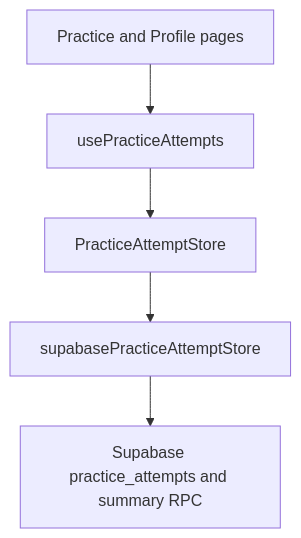
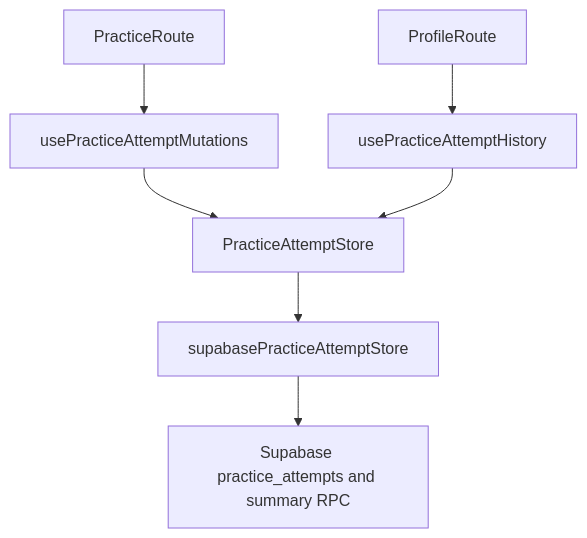
The fourth of 4 diagrams in docs/data-and-security.md (eirikenriquez/The-Word-per-Minute), drawn with Mermaid before and after one commit. The commit also changed other lines of this file and 2 other files, not shown here.

Commit message:
Update architecture documentation

````diff
--- a/docs/data-and-security.md
+++ b/docs/data-and-security.md
@@ -183,7 +189,9 @@
 ```mermaid
 flowchart TD
-  ui["Practice and Profile pages"] --> hook["usePracticeAttempts"]
-  hook --> contract["PracticeAttemptStore"]
+  practice["PracticeRoute"] --> mutations["usePracticeAttemptMutations"]
+  profile["ProfileRoute"] --> history["usePracticeAttemptHistory"]
+  mutations --> contract["PracticeAttemptStore"]
+  history --> contract
   contract --> cloud["supabasePracticeAttemptStore"]
   cloud --> table["Supabase practice_attempts and summary RPC"]
 ```
````
